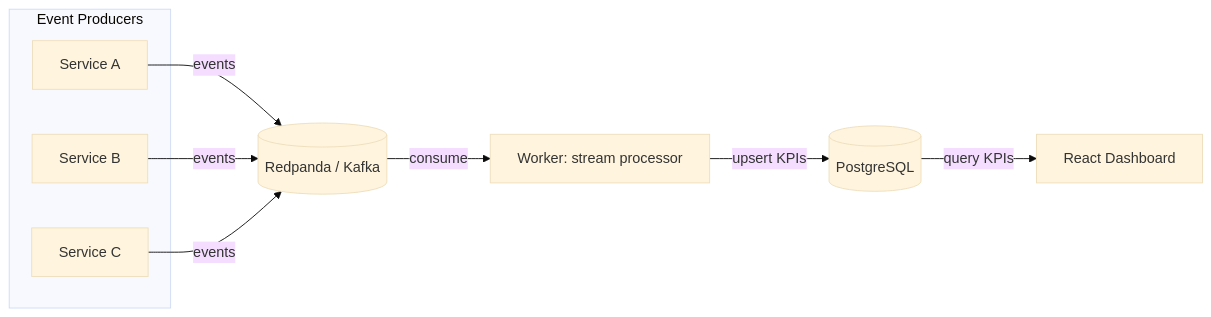
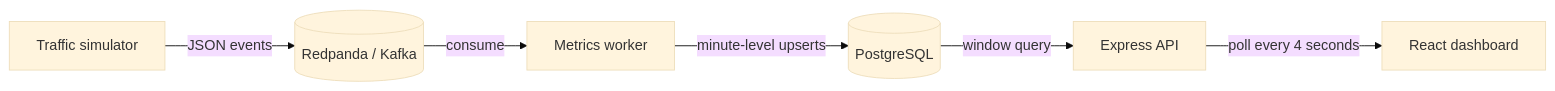
Before and after one commit to aaryabookseller16/Stream-Sense: the diagram in README.md, drawn with Mermaid (base theme). The commit also changed other lines of this file and 41 other files, not shown here.

````diff
--- a/README.md
+++ b/README.md
@@ -29,17 +12,8 @@
 ```mermaid
 flowchart LR
-  subgraph Producers[Event Producers]
-    P1[Service A]
-    P2[Service B]
-    P3[Service C]
-  end
-
-  P1 -->|events| K[(Redpanda / Kafka)]
-  P2 -->|events| K
-  P3 -->|events| K
-
-  K -->|consume| W[Worker: stream processor]
-  W -->|upsert KPIs| DB[(PostgreSQL)]
-
-  DB -->|query KPIs| FE[React Dashboard]
+  S[Traffic simulator] -->|JSON events| K[(Redpanda / Kafka)]
+  K -->|consume| W[Metrics worker]
+  W -->|minute-level upserts| D[(PostgreSQL)]
+  D -->|window query| A[Express API]
+  A -->|poll every 4 seconds| U[React dashboard]
 ```
````
